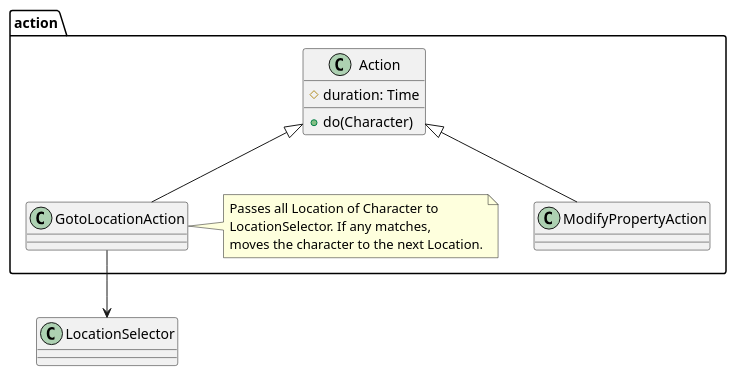
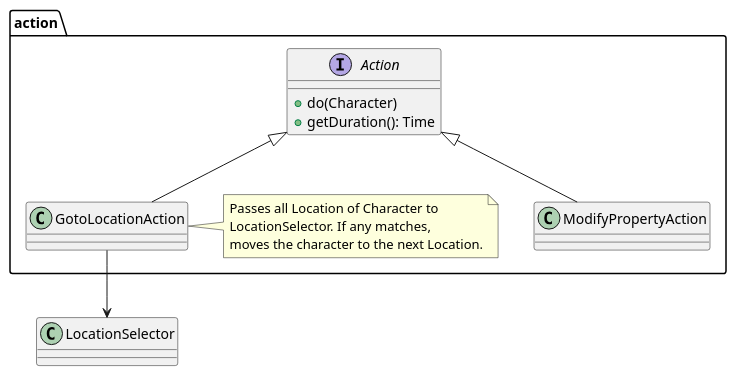
Before and after one commit to gergelyszaz/SandboxVN: the diagram in design/class/action.puml, drawn with PlantUML. The commit also changed 16 other files, not shown here.

```diff
--- a/design/class/action.puml
+++ b/design/class/action.puml
@@ -1,27 +1,27 @@
 @startuml action
 
 package action {
-    class Action {
-        #duration: Time
+    interface Action {
         +do(Character)
+        +getDuration(): Time
     }
 
     class GotoLocationAction
     note right
         Passes all Location of Character to 
         LocationSelector. If any matches, 
         moves the character to the next Location.
     end note
     class GotoLocationAction extends Action
 
     
     
 
     class ModifyPropertyAction extends Action
 }
 
 
 GotoLocationAction --> LocationSelector
 
 
 @enduml
```
